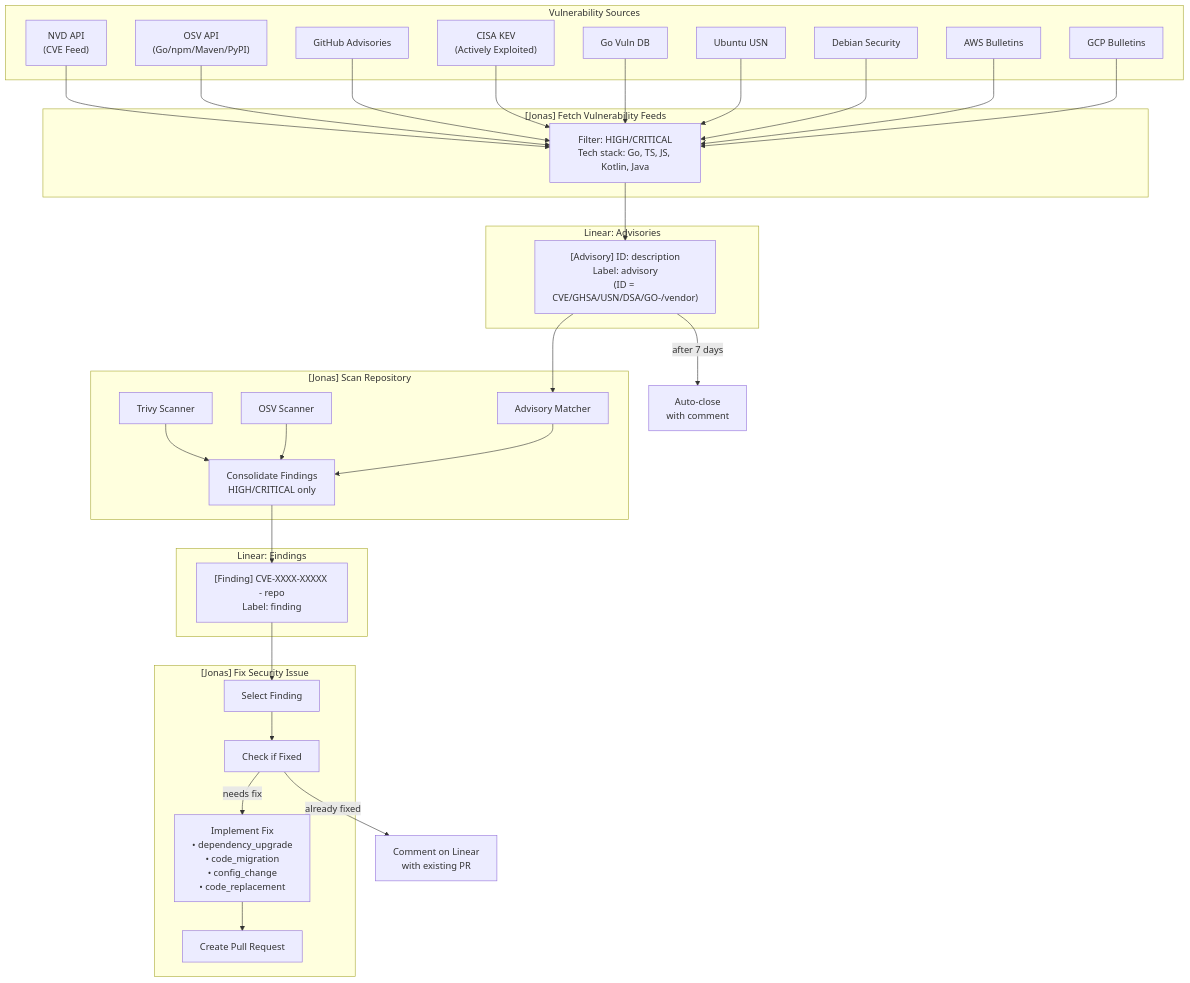
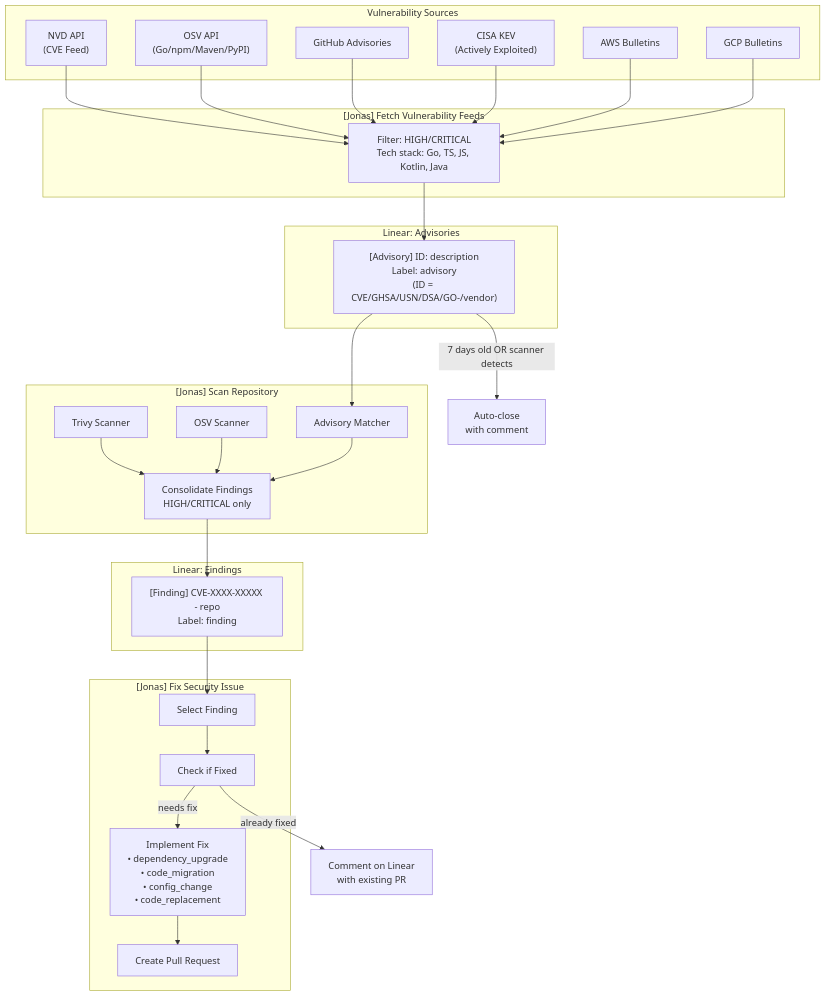
Before and after one commit to gitpod-io/ai-security-engineer: the diagram in README.md, drawn with Mermaid. The commit also changed other lines of this file and 1 other file, not shown here.

Commit message:
updated feed auto

````diff
--- a/README.md
+++ b/README.md
@@ -7,64 +7,58 @@
 ```mermaid
 flowchart TD
     subgraph sources["Vulnerability Sources"]
         NVD["NVD API<br/>(CVE Feed)"]
         OSV_API["OSV API<br/>(Go/npm/Maven/PyPI)"]
         GH["GitHub Advisories"]
         CISA["CISA KEV<br/>(Actively Exploited)"]
-        GOVULN["Go Vuln DB"]
-        UBUNTU["Ubuntu USN"]
-        DEBIAN["Debian Security"]
         AWS["AWS Bulletins"]
         GCP["GCP Bulletins"]
     end
 
     subgraph feed["[Jonas] Fetch Vulnerability Feeds"]
         FETCH["Filter: HIGH/CRITICAL<br/>Tech stack: Go, TS, JS, Kotlin, Java"]
     end
 
     subgraph linear_adv["Linear: Advisories"]
         ADV["[Advisory] ID: description<br/>Label: advisory<br/>(ID = CVE/GHSA/USN/DSA/GO-/vendor)"]
     end
 
     subgraph scan["[Jonas] Scan Repository"]
         TRIVY["Trivy Scanner"]
         OSV_SCAN["OSV Scanner"]
         ADV_CHECK["Advisory Matcher"]
         CONSOLIDATE["Consolidate Findings<br/>HIGH/CRITICAL only"]
     end
 
     subgraph linear_find["Linear: Findings"]
         FIND["[Finding] CVE-XXXX-XXXXX - repo<br/>Label: finding"]
     end
 
     subgraph fix["[Jonas] Fix Security Issue"]
         SELECT["Select Finding"]
         CHECK["Check if Fixed"]
         IMPLEMENT["Implement Fix<br/>• dependency_upgrade<br/>• code_migration<br/>• config_change<br/>• code_replacement"]
         PR["Create Pull Request"]
     end
 
     NVD --> FETCH
     OSV_API --> FETCH
     GH --> FETCH
     CISA --> FETCH
-    GOVULN --> FETCH
-    UBUNTU --> FETCH
-    DEBIAN --> FETCH
     AWS --> FETCH
     GCP --> FETCH
     FETCH --> ADV
-    ADV -->|after 7 days| CLOSE["Auto-close<br/>with comment"]
+    ADV -->|7 days old OR scanner detects| CLOSE["Auto-close<br/>with comment"]
 
     TRIVY --> CONSOLIDATE
     OSV_SCAN --> CONSOLIDATE
     ADV --> ADV_CHECK
     ADV_CHECK --> CONSOLIDATE
     CONSOLIDATE --> FIND
 
     FIND --> SELECT
     SELECT --> CHECK
     CHECK -->|needs fix| IMPLEMENT
     IMPLEMENT --> PR
     CHECK -->|already fixed| COMMENT["Comment on Linear<br/>with existing PR"]
 ```
````
